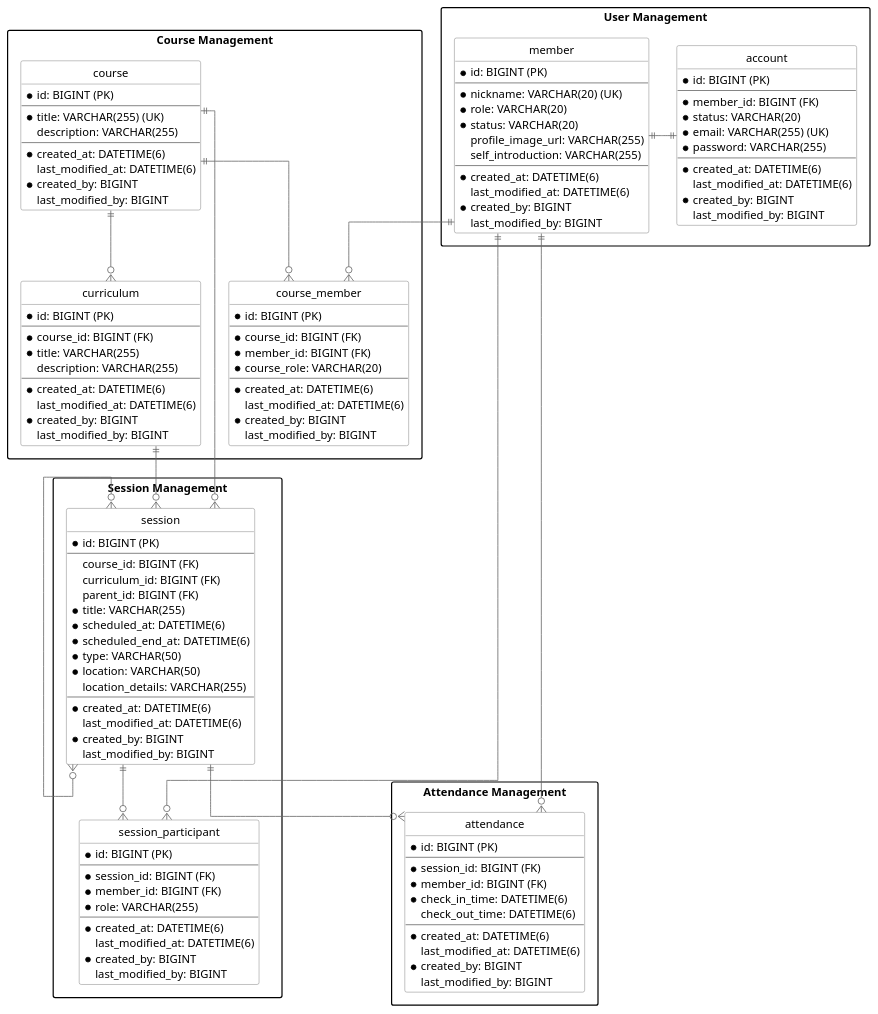
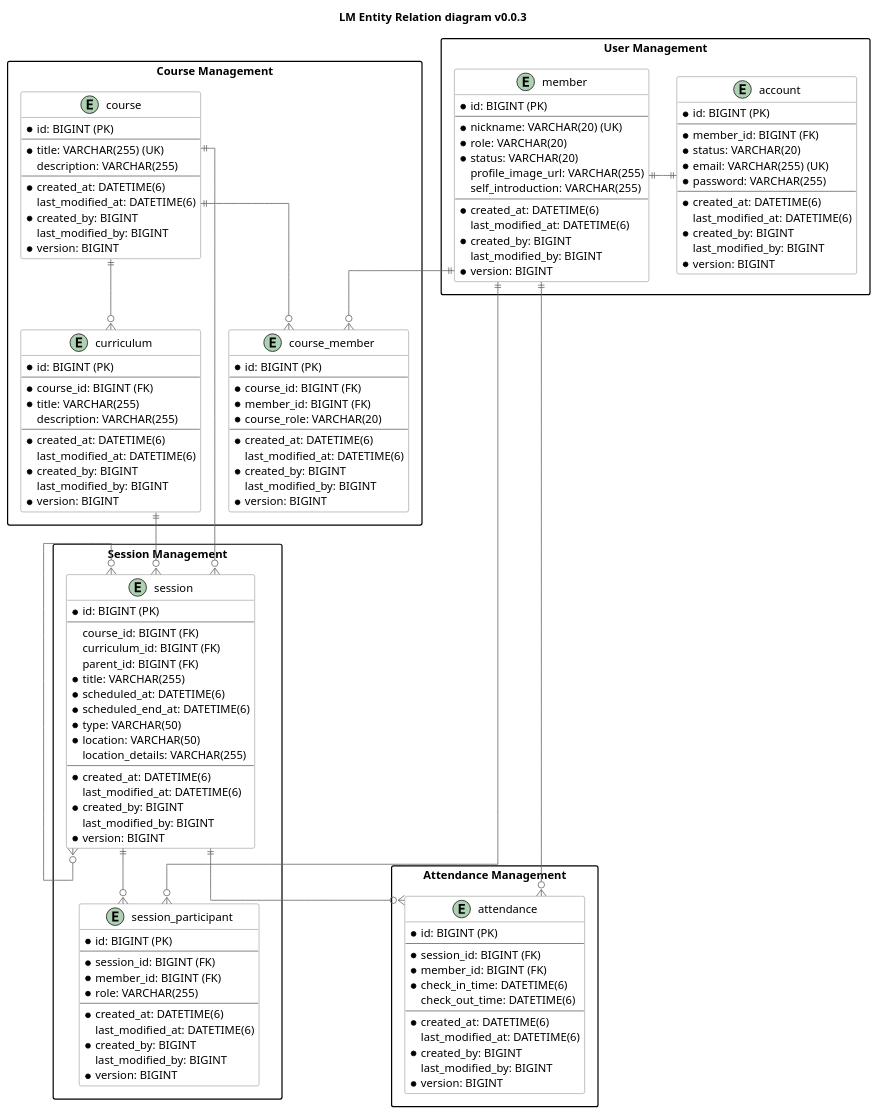
Before and after one commit to f-lab-edu/learning-manager: the diagram in docs/entity-relation-diagram.puml, drawn with PlantUML. The commit also changed 8 other files, not shown here.

```diff
--- a/docs/entity-relation-diagram.puml
+++ b/docs/entity-relation-diagram.puml
@@ -1,157 +1,165 @@
 @startuml
 ' !theme vibrant
 ' uncomment the line above for a different theme
 
-hide circle
+title "LM Entity Relation diagram v0.0.3"
 skinparam linetype ortho
 
 ' skinparam commands for better layout and appearance
 skinparam {
     shadowing false
     handwritten false
     classBackgroundColor White
     classArrowColor #666666
     classBorderColor #666666
     noteBackgroundColor #F9F9F9
     noteBorderColor #666666
     packageStyle rectangle
 }
 
 package "User Management" {
     entity "member" as member {
       * id: BIGINT (PK)
       --
       * nickname: VARCHAR(20) (UK)
       * role: VARCHAR(20)
       * status: VARCHAR(20)
       profile_image_url: VARCHAR(255)
       self_introduction: VARCHAR(255)
       --
       * created_at: DATETIME(6)
       last_modified_at: DATETIME(6)
       * created_by: BIGINT
       last_modified_by: BIGINT
+      * version: BIGINT
     }
 
     entity "account" as account {
       * id: BIGINT (PK)
       --
       * member_id: BIGINT (FK)
       * status: VARCHAR(20)
       * email: VARCHAR(255) (UK)
       * password: VARCHAR(255)
       --
       * created_at: DATETIME(6)
       last_modified_at: DATETIME(6)
       * created_by: BIGINT
       last_modified_by: BIGINT
+      * version: BIGINT
     }
 }
 
 package "Course Management" {
     entity "course" as course {
       * id: BIGINT (PK)
       --
       * title: VARCHAR(255) (UK)
       description: VARCHAR(255)
       --
       * created_at: DATETIME(6)
       last_modified_at: DATETIME(6)
       * created_by: BIGINT
       last_modified_by: BIGINT
+      * version: BIGINT
     }
 
     entity "curriculum" as curriculum {
       * id: BIGINT (PK)
       --
       * course_id: BIGINT (FK)
       * title: VARCHAR(255)
       description: VARCHAR(255)
       --
       * created_at: DATETIME(6)
       last_modified_at: DATETIME(6)
       * created_by: BIGINT
       last_modified_by: BIGINT
+      * version: BIGINT
     }
 
     entity "course_member" as course_member {
       * id: BIGINT (PK)
       --
       * course_id: BIGINT (FK)
       * member_id: BIGINT (FK)
       * course_role: VARCHAR(20)
       --
       * created_at: DATETIME(6)
       last_modified_at: DATETIME(6)
       * created_by: BIGINT
       last_modified_by: BIGINT
+      * version: BIGINT
     }
 }
 
 package "Session Management" {
     entity "session" as session {
       * id: BIGINT (PK)
       --
       course_id: BIGINT (FK)
       curriculum_id: BIGINT (FK)
       parent_id: BIGINT (FK)
       * title: VARCHAR(255)
       * scheduled_at: DATETIME(6)
       * scheduled_end_at: DATETIME(6)
       * type: VARCHAR(50)
       * location: VARCHAR(50)
       location_details: VARCHAR(255)
       --
       * created_at: DATETIME(6)
       last_modified_at: DATETIME(6)
       * created_by: BIGINT
       last_modified_by: BIGINT
+      * version: BIGINT
     }
 
     entity "session_participant" as session_participant {
       * id: BIGINT (PK)
       --
       * session_id: BIGINT (FK)
       * member_id: BIGINT (FK)
       * role: VARCHAR(255)
       --
       * created_at: DATETIME(6)
       last_modified_at: DATETIME(6)
       * created_by: BIGINT
       last_modified_by: BIGINT
+      * version: BIGINT
     }
 }
 
 package "Attendance Management" {
     entity "attendance" as attendance {
       * id: BIGINT (PK)
       --
       * session_id: BIGINT (FK)
       * member_id: BIGINT (FK)
       * check_in_time: DATETIME(6)
       check_out_time: DATETIME(6)
       --
       * created_at: DATETIME(6)
       last_modified_at: DATETIME(6)
       * created_by: BIGINT
       last_modified_by: BIGINT
+      * version: BIGINT
     }
 }
 
 ' Define relationships with cardinality
 member ||-|| account
 member ||--o{ course_member
 member ||--o{ attendance
 member ||--o{ session_participant
 
 course ||--o{ curriculum
 course ||--o{ course_member
 course ||--o{ session
 
 curriculum ||--o{ session
 
 session ||--o{ attendance
 session ||--o{ session_participant
 session }o--o{ session
 
 @enduml
```
